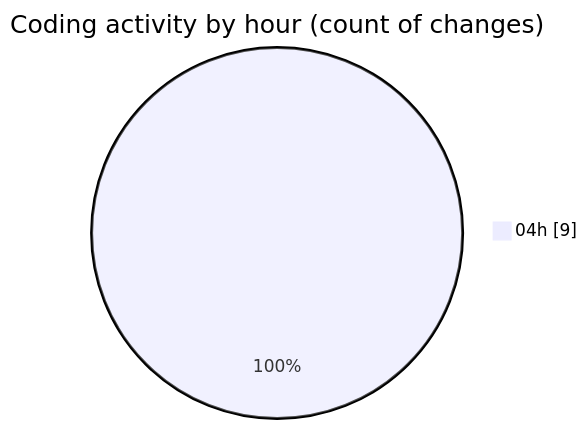
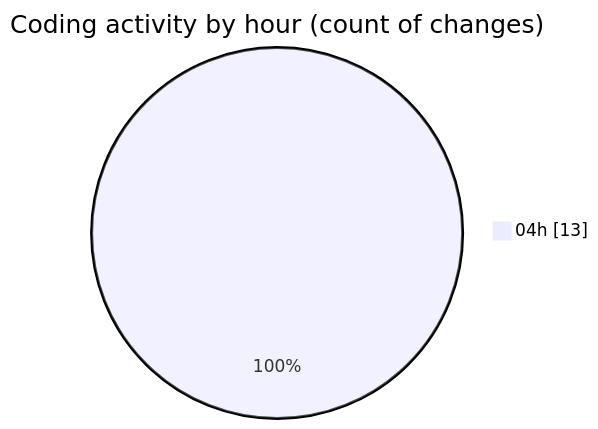
One commit to hasnaa123/code-tracking changed the second of 2 diagrams in 2026-03-08/java_basics/README.md. Above: the diagram before and after it, drawn with Mermaid. The commit also changed other lines of this file and 1 other file, not shown here.

````diff
--- a/2026-03-08/java_basics/README.md
+++ b/2026-03-08/java_basics/README.md
@@ -28,5 +28,5 @@
 ```mermaid
 pie showData
 title Coding activity by hour (count of changes)
-"04h" : 9
+"04h" : 13
 ```
````
